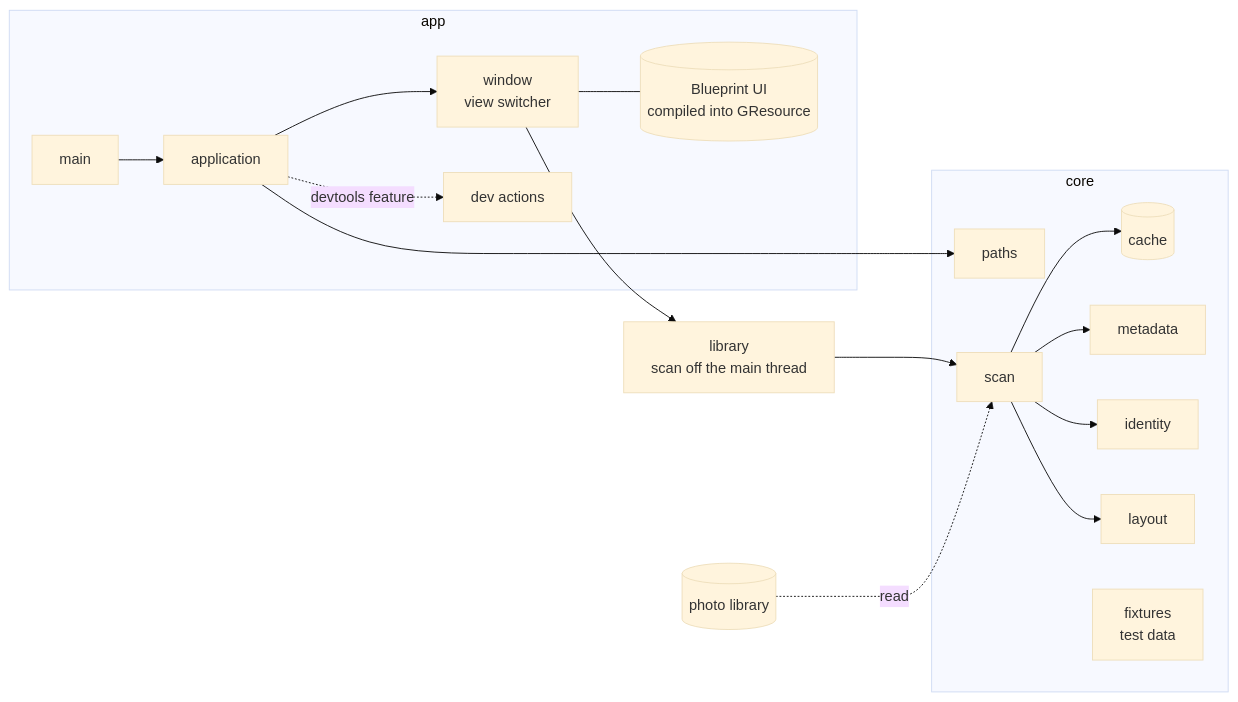
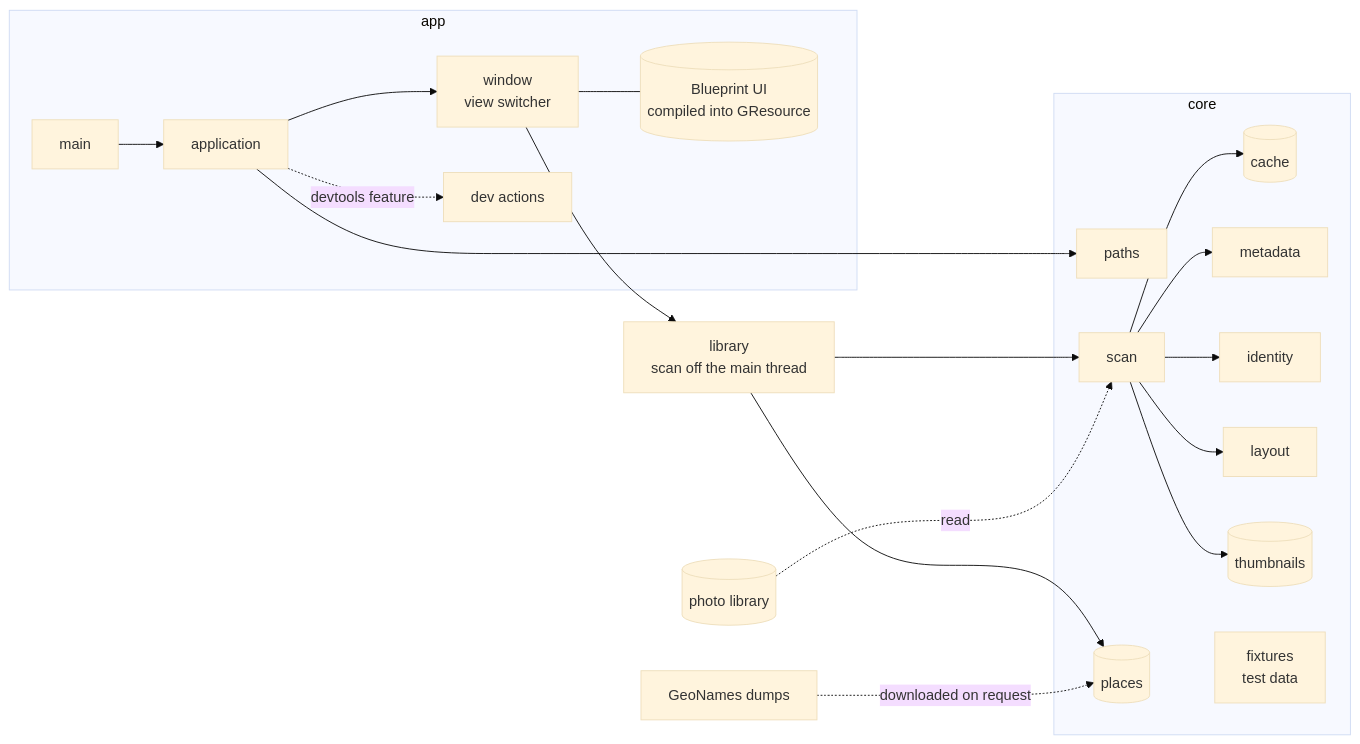
Before and after one commit to xuedi/photoManager: the diagram in docs/overview.md, drawn with Mermaid (base theme). The commit also changed other lines of this file and 2 other files, not shown here.

Commit message:
document the thumbnails and the places

````diff
--- a/docs/overview.md
+++ b/docs/overview.md
@@ -5,21 +5,25 @@
 ```mermaid
 flowchart LR
     subgraph app [app]
         main[main] --> application
         application --> window[window<br/>view switcher]
         application -. devtools feature .-> devtools[dev actions]
         window --- blueprint[(Blueprint UI<br/>compiled into GResource)]
     end
     subgraph core [core]
         paths
         scan --> cache[(cache)]
         scan --> metadata
         scan --> identity
         scan --> layout
+        scan --> thumbs[(thumbnails)]
+        geo[(places)]
         fixtures[fixtures<br/>test data]
     end
     application --> paths
     window --> library[library<br/>scan off the main thread]
     library --> scan
+    library --> geo
     photos[(photo library)] -. read .-> scan
+    geonames[GeoNames dumps] -. downloaded on request .-> geo
 ```
````
